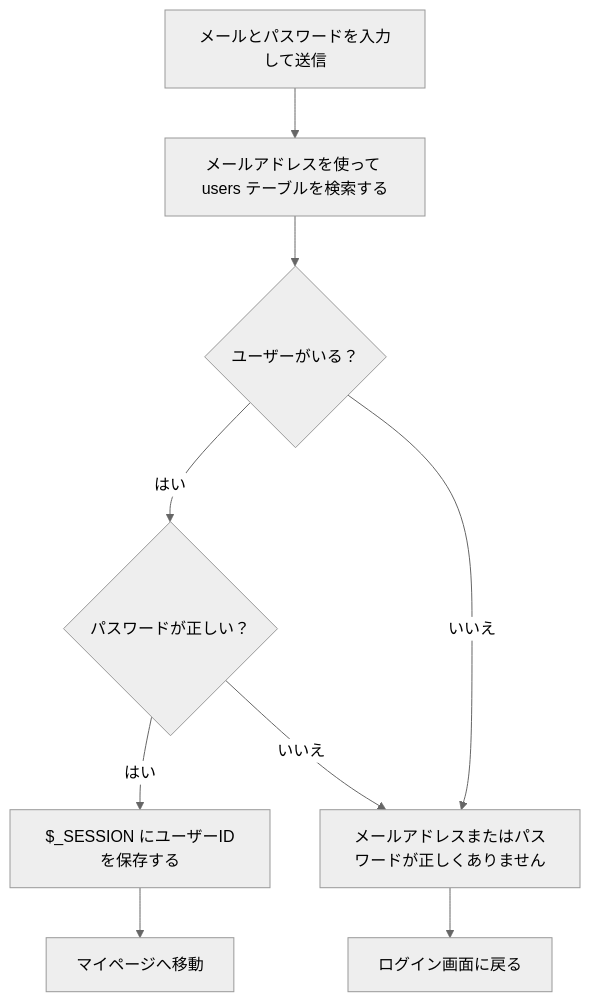
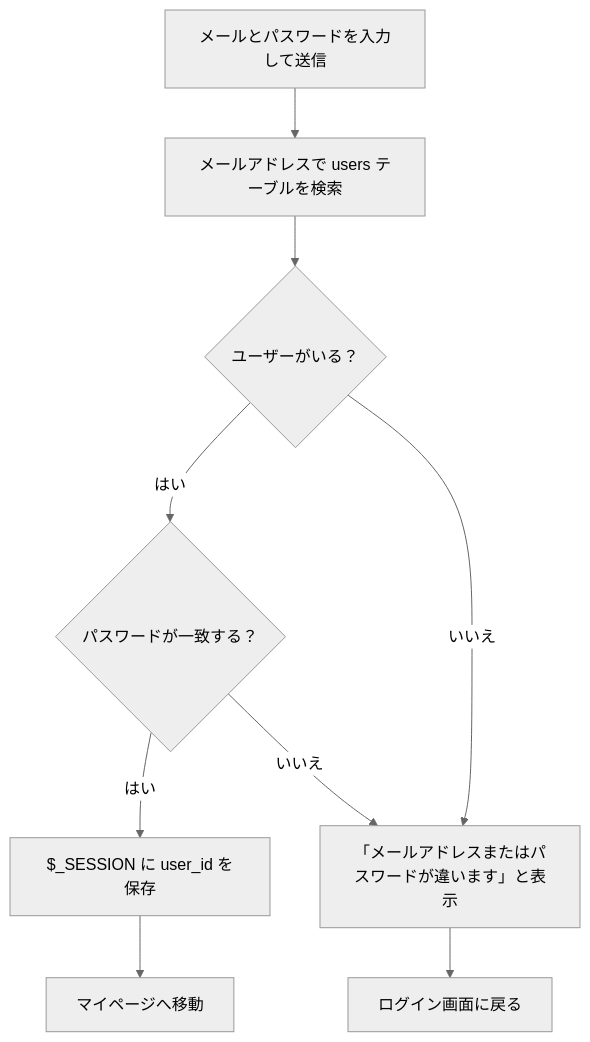
One commit to yuz70009-a11y/ec-catalog changed the diagram in docs/login-design.md. Above: the diagram before and after it, drawn with Mermaid (neutral theme). The commit also changed other lines of this file and 26 other files, not shown here.

````diff
--- a/docs/login-design.md
+++ b/docs/login-design.md
@@ -20,20 +19,20 @@
 ```mermaid
 flowchart TD
     A["メールとパスワードを入力して送信"]
-    B["メールアドレスを使って users テーブルを検索する"]
+    B["メールアドレスで users テーブルを検索"]
     C{"ユーザーがいる？"}
-    D{"パスワードが正しい？"}
-    E["メールアドレスまたはパスワードが正しくありません"]
-    F["$_SESSION にユーザーIDを保存する"]
+    D{"パスワードが一致する？"}
+    E["「メールアドレスまたはパスワードが違います」と表示"]
+    F["$_SESSION に user_id を保存"]
     G["マイページへ移動"]
     H["ログイン画面に戻る"]
 
     A --> B
     B --> C
     C -->|はい| D
     C -->|いいえ| E
     E --> H
     D -->|はい| F
     D -->|いいえ| E
     F --> G
 ```
````
